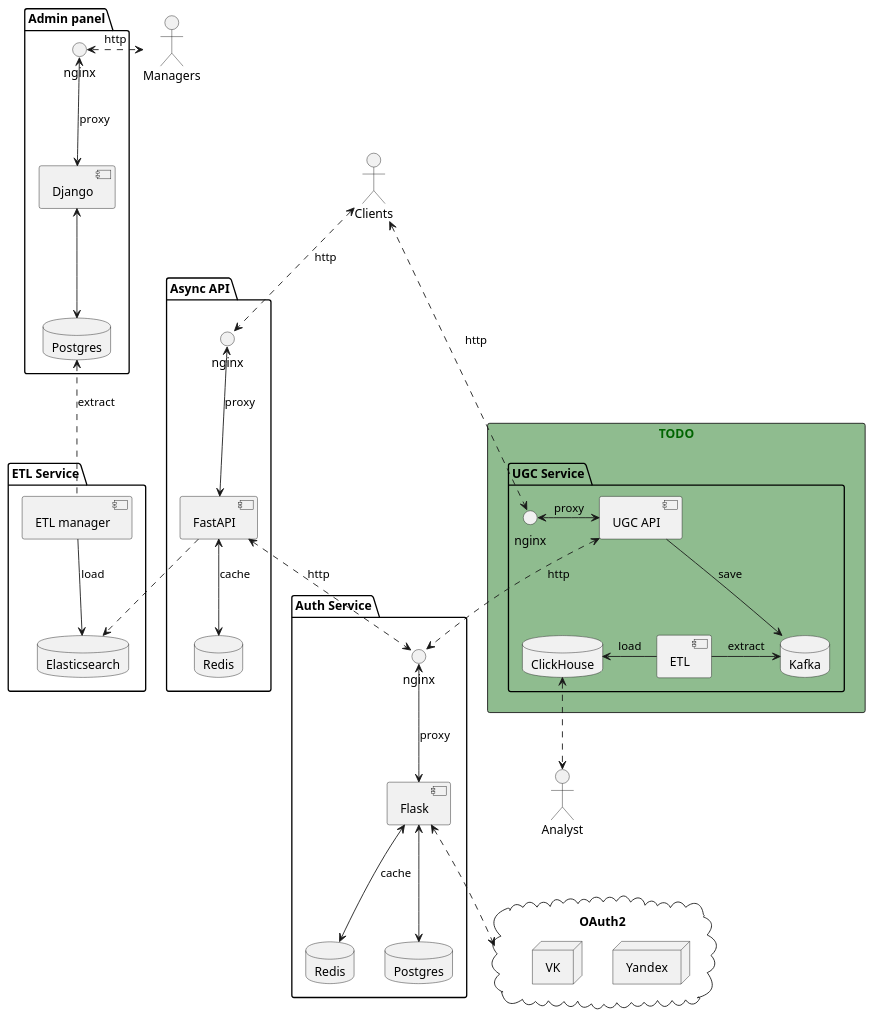
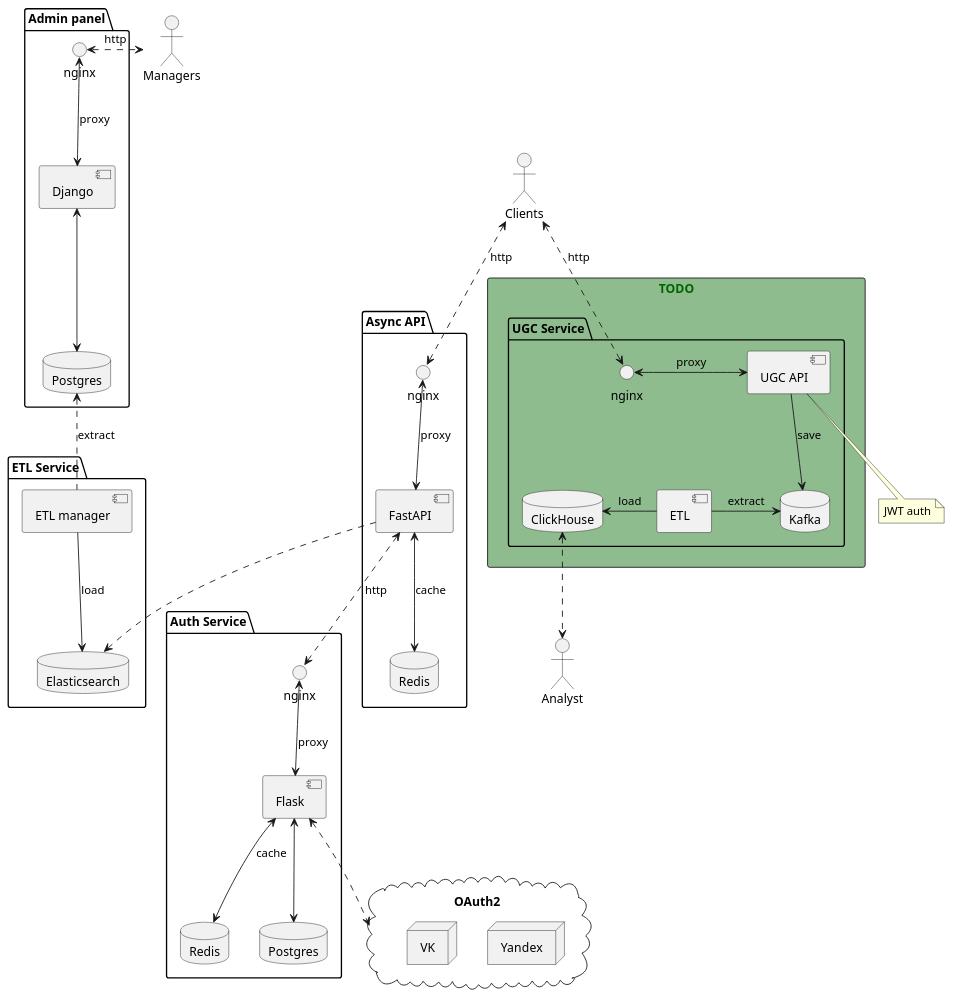
One commit to dimk00z/ugc_sprint_1 changed the diagram in design/tobe.puml. Above: the diagram before and after it, drawn with PlantUML. The commit also changed 3 other files, not shown here.

Commit message:
Fix Auth link UGC-Auth

```diff
--- a/design/tobe.puml
+++ b/design/tobe.puml
@@ -1,78 +1,82 @@
 @startuml
 'https://plantuml.com/component-diagram
 
 skinparam rectangle {
 	BackgroundColor DarkSeaGreen
 	FontStyle Bold
 	FontColor DarkGreen
 }
 
 actor Managers
 actor Clients
 actor Analyst
 
 
 package "Auth Service" {
     interface nginx as nginx3
     [Flask]
     database Redis as redis2
     database Postgres as postgres2
 }
 [Flask] <--> redis2: cache
 [Flask] <--> postgres2
 nginx3 <--> [Flask]: proxy
 
 cloud "OAuth2" {
     node Yandex
     node VK
 }
 [Flask] <..> OAuth2
 
 package "Admin panel" {
     database Postgres
     interface nginx as nginx
     [Django]
 }
 [Django] <--> Postgres
 nginx <--> [Django]: proxy
 Managers <.left.> nginx: http
 
 
 package "ETL Service" {
     database Elasticsearch
     [ETL manager]
 }
 Postgres <.. [ETL manager]: extract
 [ETL manager] --> Elasticsearch: load
 
 
 package "Async API" {
     interface nginx as nginx2
     database Redis
     [FastAPI]
 }
 [FastAPI] <--> Redis: cache
 Clients <..> nginx2: http
 nginx2 <--> [FastAPI]: proxy
 [FastAPI] ..> Elasticsearch
 [FastAPI] <..> nginx3: http
 
 rectangle TODO {
-package "UGC Service" {
-    interface nginx as nginx4
-    database Kafka
-    database ClickHouse
-    [UGC API]
-    [ETL]
+    package "UGC Service" {
+        interface nginx as nginx4
+        database Kafka
+        database ClickHouse
+        [UGC API]
+        [ETL]
+    }
 }
-}
+
+note as jwt_auth
+    JWT auth
+end note
 
 [UGC API] --> Kafka: save
 [ETL] -> Kafka: extract
 [ETL] -left-> ClickHouse: load
 nginx4 <-> [UGC API]: proxy
-[UGC API] <..> nginx3: http
 Clients <..> nginx4: http
 Analyst <.up.> ClickHouse
+[UGC API] <..> jwt_auth
 
 @enduml
```
